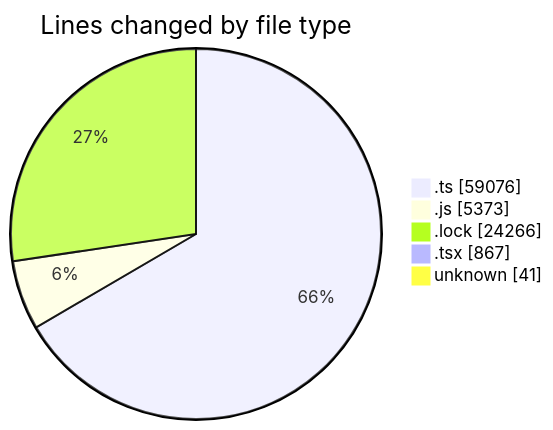
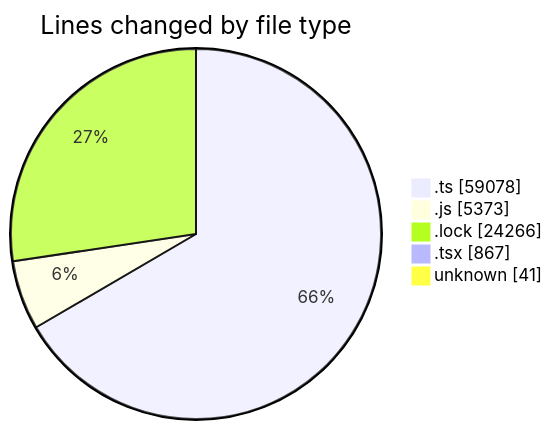
One commit to momahboobian/code-tracking changed the first of 2 diagrams in 2025-08-14/cda/README.md. Above: the diagram before and after it, drawn with Mermaid. The commit also changed other lines of this file and 1 other file, not shown here.

````diff
--- a/2025-08-14/cda/README.md
+++ b/2025-08-14/cda/README.md
@@ -38,9 +38,9 @@
 ```mermaid
 pie showData
 title Lines changed by file type
-".ts" : 59076
+".ts" : 59078
 ".js" : 5373
 ".lock" : 24266
 ".tsx" : 867
 "unknown" : 41
 ```
````
